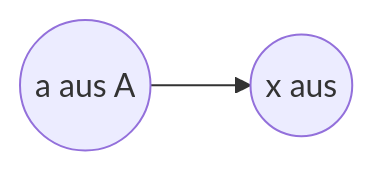
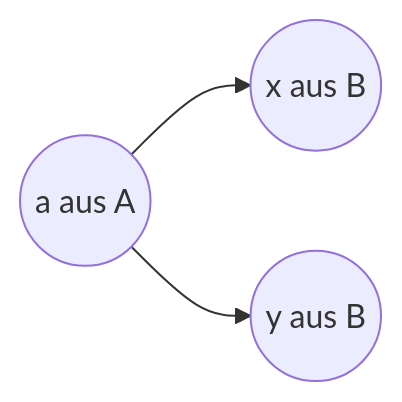
Before and after one commit to LeonStoldt/discreteMathematics: diagram 16 of 16 in README.md, drawn with Mermaid. The commit also changed other lines of this file, not shown here.

````diff
--- a/README.md
+++ b/README.md
@@ -421,6 +421,8 @@
 ``` mermaid
 graph LR
-a((a aus A)) --> x((x aus ))
+a((a aus A)) --> x((x aus B))
+a --> y((y aus B))
+
 
 
 ```
````
